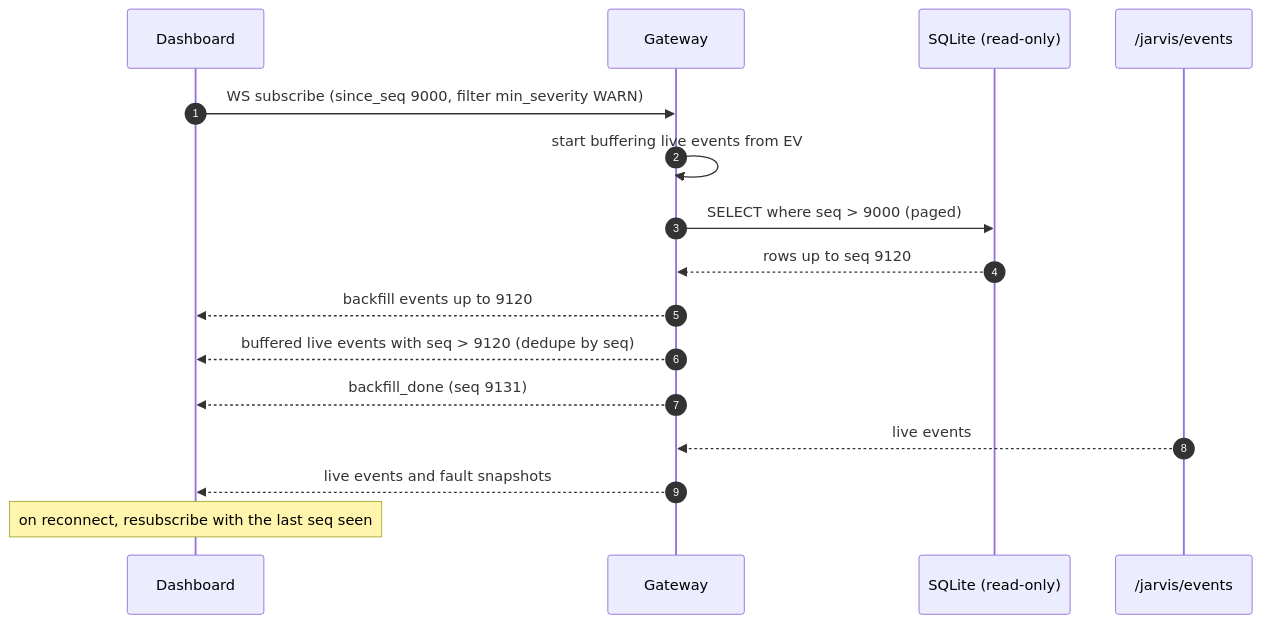
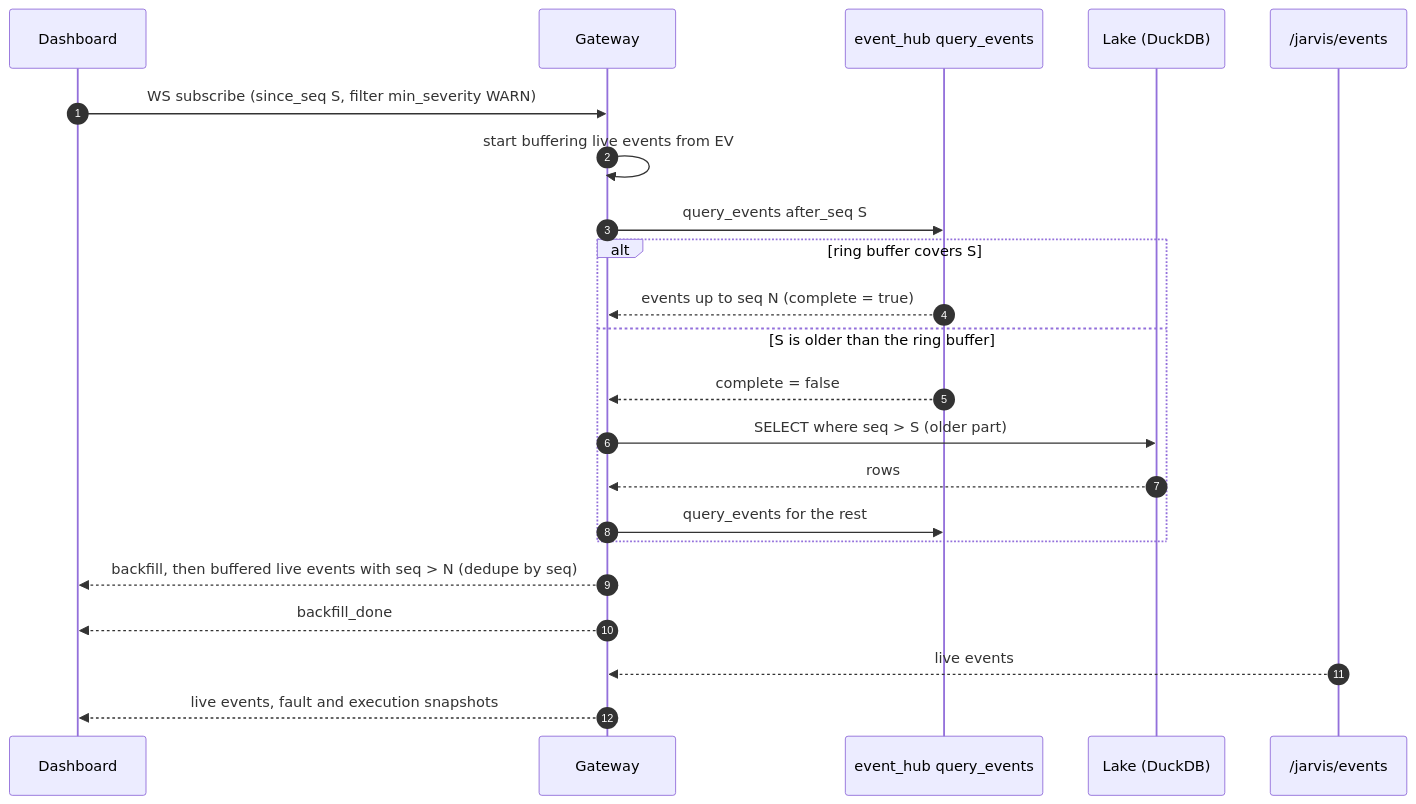
Before and after one commit to guilyx/jarvis_ros2: the ninth of 10 diagrams in docs/design/04-data-flow.md, drawn with Mermaid. The commit also changed other lines of this file and 20 other files, not shown here.

````diff
--- a/docs/design/04-data-flow.md
+++ b/docs/design/04-data-flow.md
@@ -197,19 +218,25 @@
 ```mermaid
 sequenceDiagram
   autonumber
   participant UI as Dashboard
   participant GW as Gateway
-  participant DB as SQLite (read-only)
+  participant HB as event_hub query_events
+  participant LK as Lake (DuckDB)
   participant EV as /jarvis/events
 
-  UI->>GW: WS subscribe (since_seq 9000, filter min_severity WARN)
+  UI->>GW: WS subscribe (since_seq S, filter min_severity WARN)
   GW->>GW: start buffering live events from EV
-  GW->>DB: SELECT where seq > 9000 (paged)
-  DB-->>GW: rows up to seq 9120
-  GW-->>UI: backfill events up to 9120
-  GW-->>UI: buffered live events with seq > 9120 (dedupe by seq)
-  GW-->>UI: backfill_done (seq 9131)
+  GW->>HB: query_events after_seq S
+  alt ring buffer covers S
+    HB-->>GW: events up to seq N (complete = true)
+  else S is older than the ring buffer
+    HB-->>GW: complete = false
+    GW->>LK: SELECT where seq > S (older part)
+    LK-->>GW: rows
+    GW->>HB: query_events for the rest
+  end
+  GW-->>UI: backfill, then buffered live events with seq > N (dedupe by seq)
+  GW-->>UI: backfill_done
   EV-->>GW: live events
-  GW-->>UI: live events and fault snapshots
-  Note over UI: on reconnect, resubscribe with the last seq seen
+  GW-->>UI: live events, fault and execution snapshots
 ```
````
